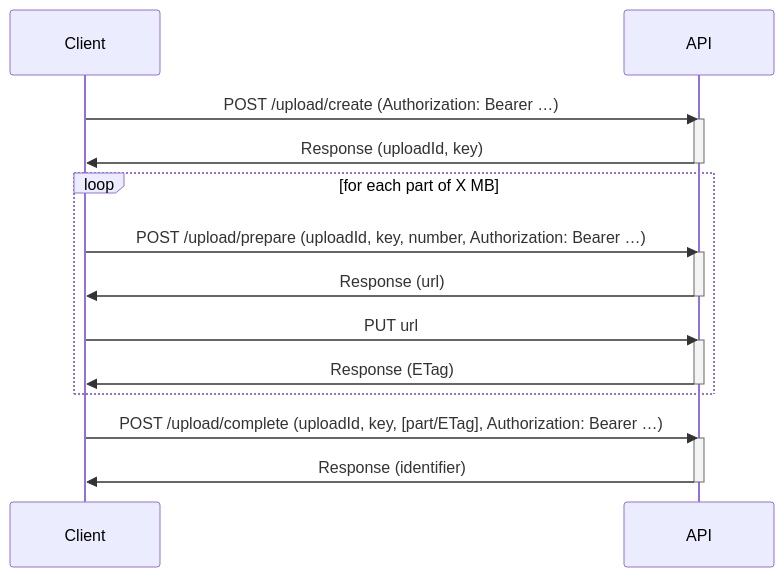
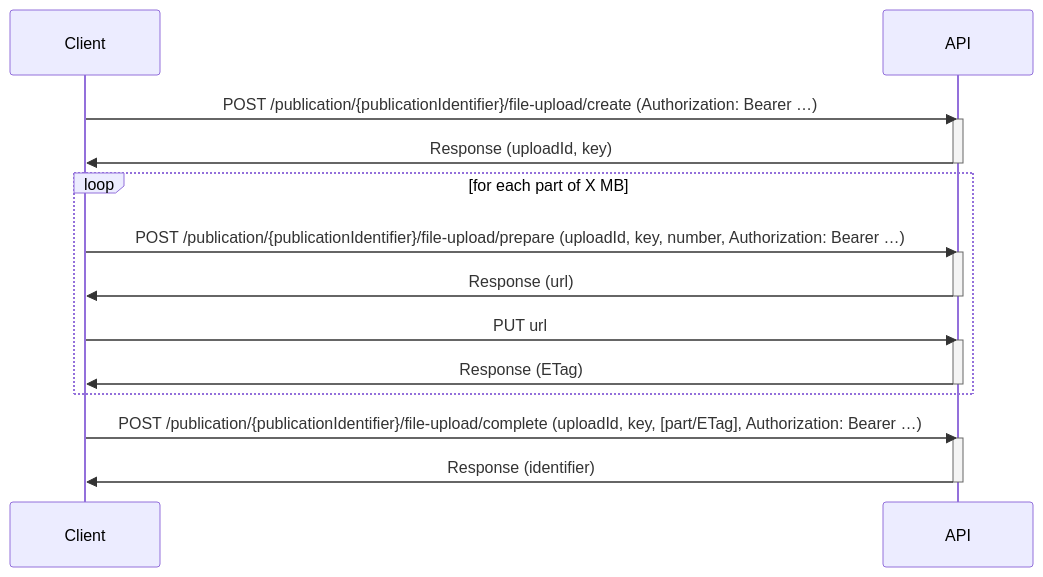
Before and after one commit to BIBSYSDEV/nva-api-documentation: the diagram in scenarios/file-upload/index.md, drawn with Mermaid. The commit also changed other lines of this file, not shown here.

First line of the commit message:
Update file-upload documentation

````diff
--- a/scenarios/file-upload/index.md
+++ b/scenarios/file-upload/index.md
@@ -3,21 +3,21 @@
 ```mermaid
 sequenceDiagram
-    Client->>API: POST /upload/create (Authorization: Bearer …)
+    Client->>API: POST /publication/{publicationIdentifier}/file-upload/create (Authorization: Bearer …)
     activate API
     API->>Client: Response (uploadId, key)
     deactivate API
     loop for each part of X MB
-        Client->>API: POST /upload/prepare (uploadId, key, number, Authorization: Bearer …)
+        Client->>API: POST /publication/{publicationIdentifier}/file-upload/prepare (uploadId, key, number, Authorization: Bearer …)
         activate API
         API->>Client: Response (url)
         deactivate API
         Client->>API: PUT url
         activate API
         API->>Client: Response (ETag)
         deactivate API
     end
-    Client->>API: POST /upload/complete  (uploadId, key, [part/ETag], Authorization: Bearer …)
+    Client->>API: POST /publication/{publicationIdentifier}/file-upload/complete  (uploadId, key, [part/ETag], Authorization: Bearer …)
     activate API
     API->>Client: Response (identifier)
     deactivate API
 ```
````
